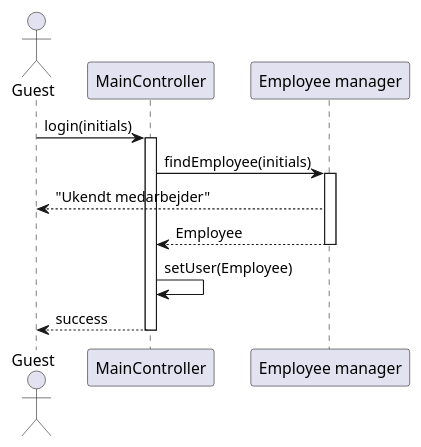
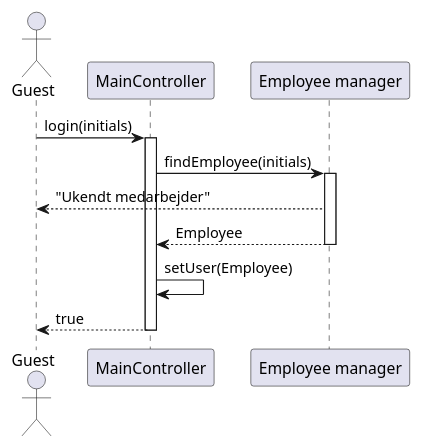
Before and after one commit to rwiuff/02161ExamProject: the diagram in RequirementsAndDesign/SequenceDiagrams/seq_login.puml, drawn with PlantUML. The commit also changed 4 other files, not shown here.

Commit message:
updated seq diagrams

```diff
--- a/RequirementsAndDesign/SequenceDiagrams/seq_login.puml
+++ b/RequirementsAndDesign/SequenceDiagrams/seq_login.puml
@@ -1,20 +1,20 @@
 @startuml
 actor "Guest" as guest
 participant "MainController" as app
 participant "Employee manager" as em
 
 guest -> app : login(initials)
 activate app
 
 
 app -> em : findEmployee(initials)
 activate em
 em --> guest : "Ukendt medarbejder"
 return Employee 
 
 app -> app : setUser(Employee)
 
 
-return success
+return true
 
 @enduml
```
